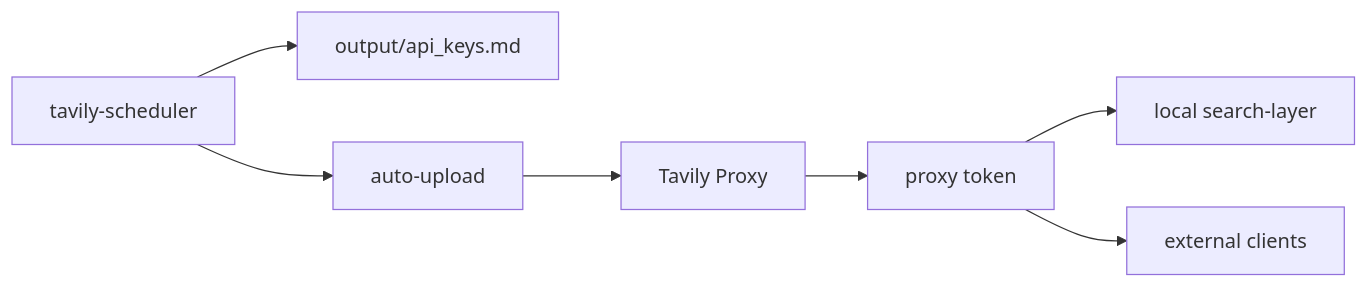
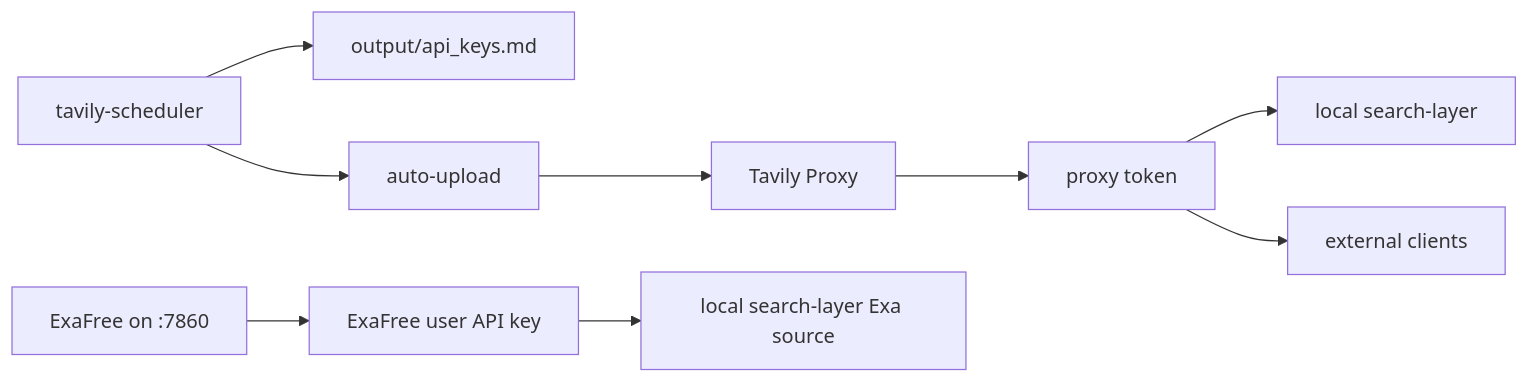
Before and after one commit to Facetomyself/reverse-expert-kb: the diagram in infra/hosts/oracle-proxy/PROJECTS.md, drawn with Mermaid. The commit also changed other lines of this file and 1 other file, not shown here.

````diff
--- a/infra/hosts/oracle-proxy/PROJECTS.md
+++ b/infra/hosts/oracle-proxy/PROJECTS.md
@@ -19,9 +18,12 @@
 ```mermaid
 flowchart LR
   A[tavily-scheduler] --> B[output/api_keys.md]
   A --> C[auto-upload]
   C --> D[Tavily Proxy]
   D --> E[proxy token]
   E --> F[local search-layer]
   E --> G[external clients]
+
+  H[ExaFree on :7860] --> I[ExaFree user API key]
+  I --> J[local search-layer Exa source]
 ```
````
